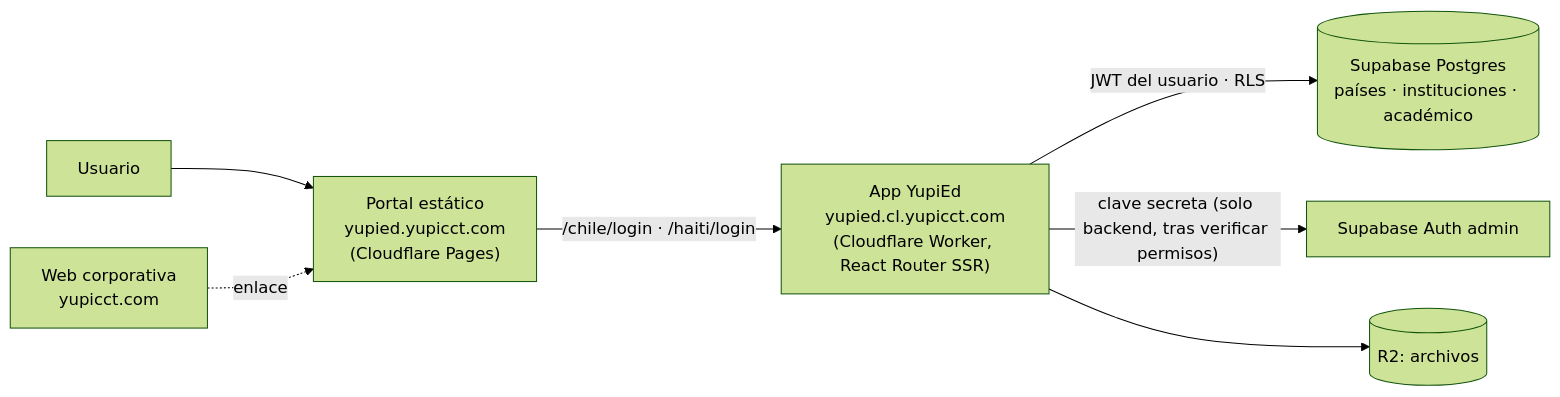
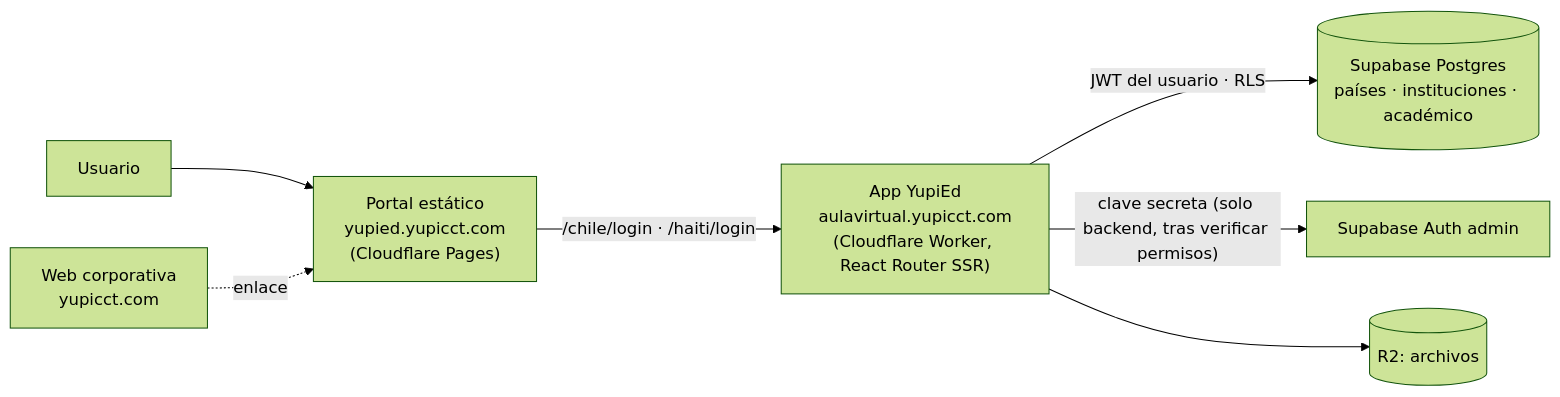
Before and after one commit to yupiicct-cmyk/yupied-aula: the first of 3 diagrams in docs/ARQUITECTURA_INTERNACIONAL.md, drawn with Mermaid (forest theme). The commit also changed 9 other files, not shown here.

First line of the commit message:
Dominio de la app: aulavirtual.yupicct.com

````diff
--- a/docs/ARQUITECTURA_INTERNACIONAL.md
+++ b/docs/ARQUITECTURA_INTERNACIONAL.md
@@ -7,9 +7,9 @@
 ```mermaid
 flowchart LR
   U[Usuario] --> P["Portal estático<br/>yupied.yupicct.com<br/>(Cloudflare Pages)"]
-  P -- "/chile/login · /haiti/login" --> W["App YupiEd<br/>yupied.cl.yupicct.com<br/>(Cloudflare Worker, React Router SSR)"]
+  P -- "/chile/login · /haiti/login" --> W["App YupiEd<br/>aulavirtual.yupicct.com<br/>(Cloudflare Worker, React Router SSR)"]
   W -- "JWT del usuario · RLS" --> DB[("Supabase Postgres<br/>países · instituciones · académico")]
   W -- "clave secreta (solo backend, tras verificar permisos)" --> AUTH[Supabase Auth admin]
   W --> R2[("R2: archivos")]
   C["Web corporativa<br/>yupicct.com"] -. enlace .-> P
 ```
````
